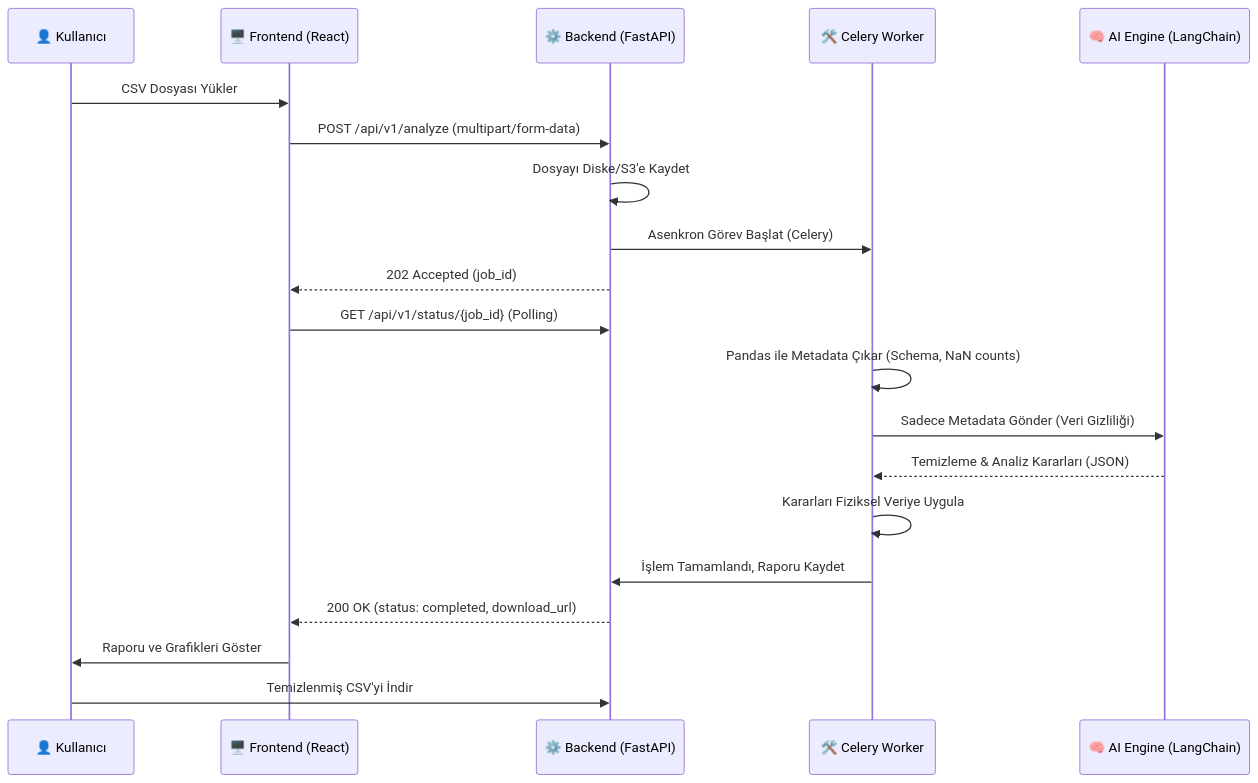
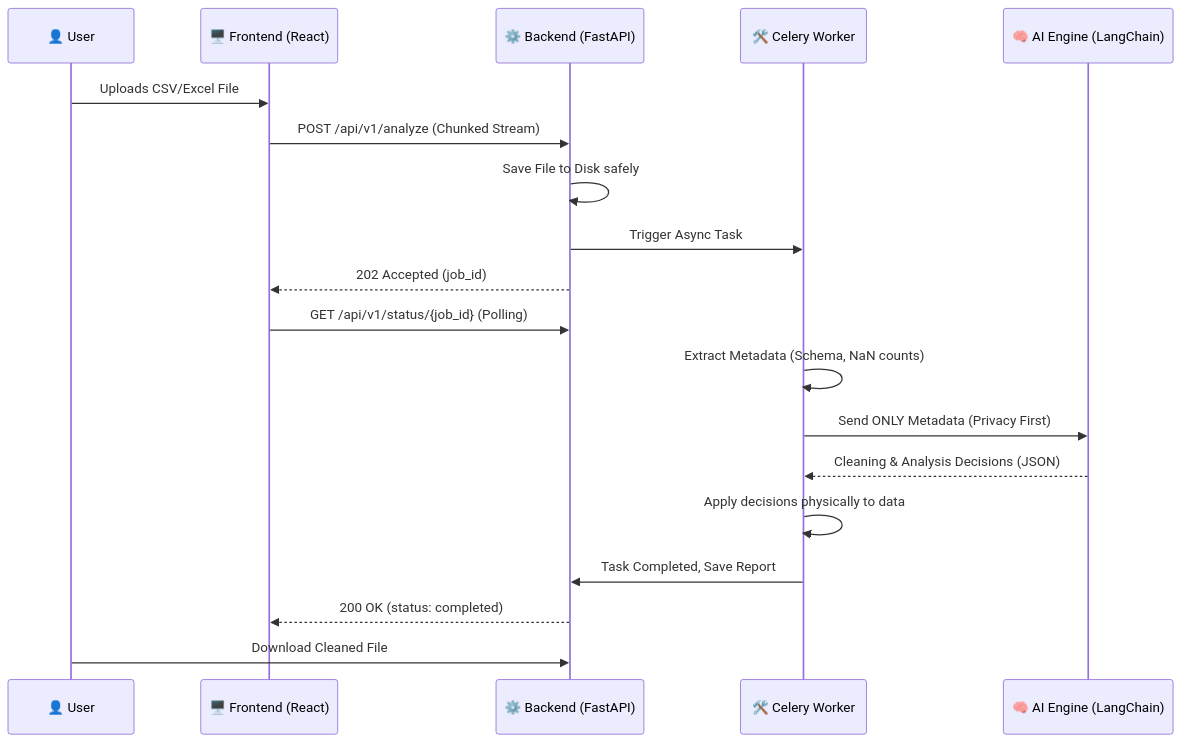
The diagram in README.md (Diyarbakir-Yazilim/datasense), drawn with Mermaid before and after one commit. The commit also changed other lines of this file and 8 other files, not shown here.

````diff
--- a/README.md
+++ b/README.md
@@ -17,26 +26,25 @@
 ```mermaid
 sequenceDiagram
-    participant User as 👤 Kullanıcı
+    participant User as 👤 User
     participant UI as 🖥️ Frontend (React)
     participant API as ⚙️ Backend (FastAPI)
     participant Worker as 🛠️ Celery Worker
     participant LLM as 🧠 AI Engine (LangChain)
 
-    User->>UI: CSV Dosyası Yükler
-    UI->>API: POST /api/v1/analyze (multipart/form-data)
-    API->>API: Dosyayı Diske/S3'e Kaydet
-    API->>Worker: Asenkron Görev Başlat (Celery)
+    User->>UI: Uploads CSV/Excel File
+    UI->>API: POST /api/v1/analyze (Chunked Stream)
+    API->>API: Save File to Disk safely
+    API->>Worker: Trigger Async Task
     API-->>UI: 202 Accepted (job_id)
     
     UI->>API: GET /api/v1/status/{job_id} (Polling)
     
-    Worker->>Worker: Pandas ile Metadata Çıkar (Schema, NaN counts)
-    Worker->>LLM: Sadece Metadata Gönder (Veri Gizliliği)
-    LLM-->>Worker: Temizleme & Analiz Kararları (JSON)
-    Worker->>Worker: Kararları Fiziksel Veriye Uygula
-    Worker->>API: İşlem Tamamlandı, Raporu Kaydet
+    Worker->>Worker: Extract Metadata (Schema, NaN counts)
+    Worker->>LLM: Send ONLY Metadata (Privacy First)
+    LLM-->>Worker: Cleaning & Analysis Decisions (JSON)
+    Worker->>Worker: Apply decisions physically to data
+    Worker->>API: Task Completed, Save Report
     
-    API-->>UI: 200 OK (status: completed, download_url)
-    UI->>User: Raporu ve Grafikleri Göster
-    User->>API: Temizlenmiş CSV'yi İndir
+    API-->>UI: 200 OK (status: completed)
+    User->>API: Download Cleaned File
 ```
````
